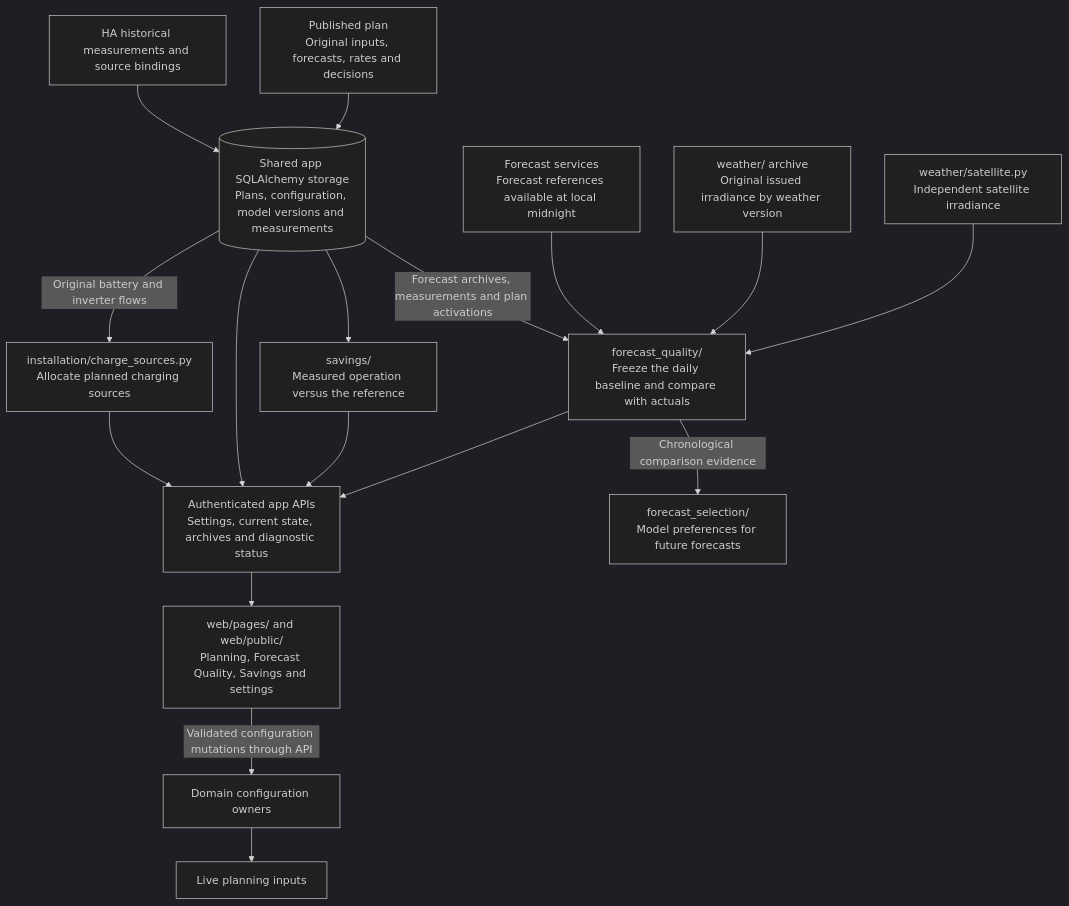
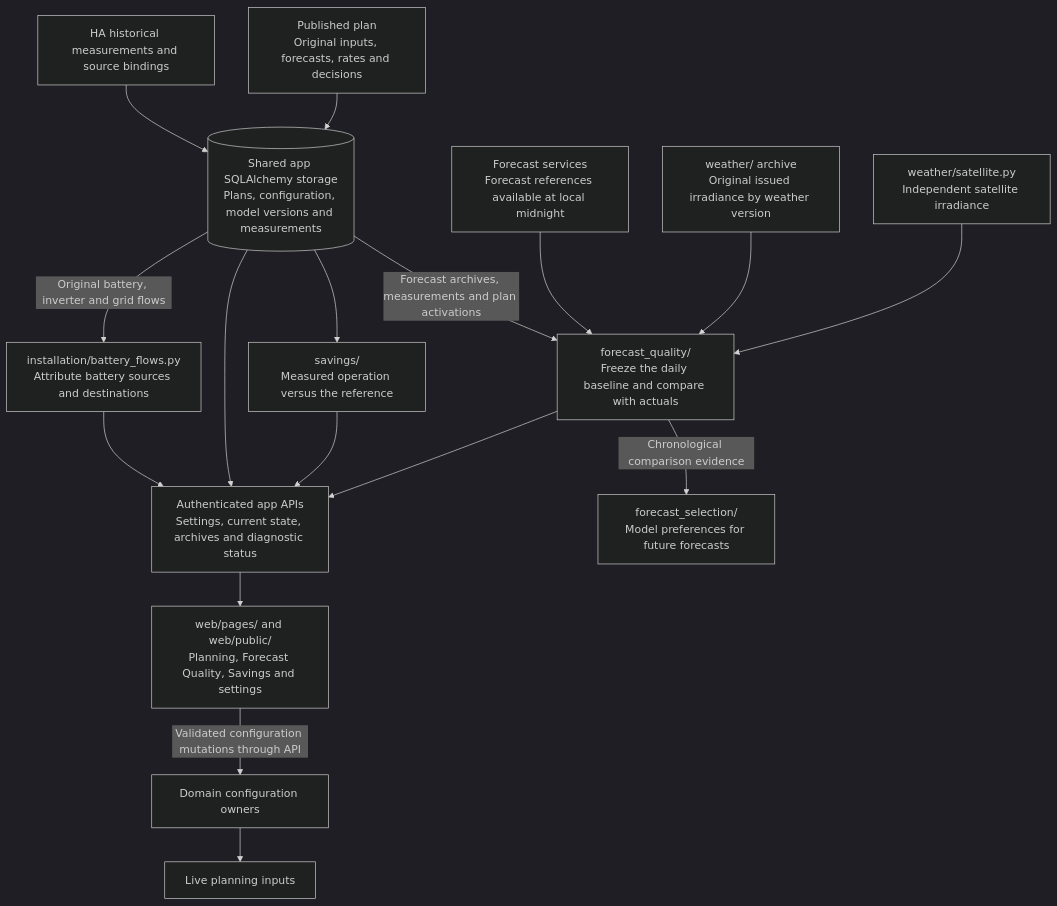
Before and after one commit to patrickvorgers/open-energy-planner: the eighth of 8 diagrams in docs/development/ARCHITECTURE-OVERVIEW.md, drawn with Mermaid (dark theme). The commit also changed 17 other files, not shown here.

Commit message:
feat(planning): show battery charging sources and discharge destinations

````diff
--- a/docs/development/ARCHITECTURE-OVERVIEW.md
+++ b/docs/development/ARCHITECTURE-OVERVIEW.md
@@ -232,21 +232,21 @@
 ```mermaid
 flowchart TD
     accTitle: Plan archives, historical evaluation and web UI
     accDescr: Published plans, configuration and measurements are durable. Forecast Quality and Savings read preserved evidence and expose different comparisons through the app APIs.
     PLAN["Published plan<br/>Original inputs, forecasts, rates and decisions"] --> ARCHIVE[("Shared app SQLAlchemy storage<br/>Plans, configuration, model versions and measurements")]
     HISTORY["HA historical measurements and source bindings"] --> ARCHIVE
     REFS["Forecast services<br/>Forecast references available at local midnight"] --> QUALITY["forecast_quality/<br/>Freeze the daily baseline and compare with actuals"]
     ARCHIVE -->|Forecast archives, measurements and plan activations| QUALITY
     WX["weather/ archive<br/>Original issued irradiance by weather version"] --> QUALITY
     SAT["weather/satellite.py<br/>Independent satellite irradiance"] --> QUALITY
     QUALITY -->|Chronological comparison evidence| PREFS["forecast_selection/<br/>Model preferences for future forecasts"]
     ARCHIVE --> SAVINGS["savings/<br/>Measured operation versus the reference"]
     ARCHIVE --> READ["Authenticated app APIs<br/>Settings, current state, archives and diagnostic status"]
-    ARCHIVE -->|Original battery and inverter flows| BATTERY["installation/charge_sources.py<br/>Allocate planned charging sources"]
+    ARCHIVE -->|Original battery, inverter and grid flows| BATTERY["installation/battery_flows.py<br/>Attribute battery sources and destinations"]
     BATTERY --> READ
     QUALITY --> READ
     SAVINGS --> READ
     READ --> UI["web/pages/ and web/public/<br/>Planning, Forecast Quality, Savings and settings"]
     UI -->|Validated configuration mutations through API| SETTINGS["Domain configuration owners"]
     SETTINGS --> LIVE["Live planning inputs"]
 ```
````
